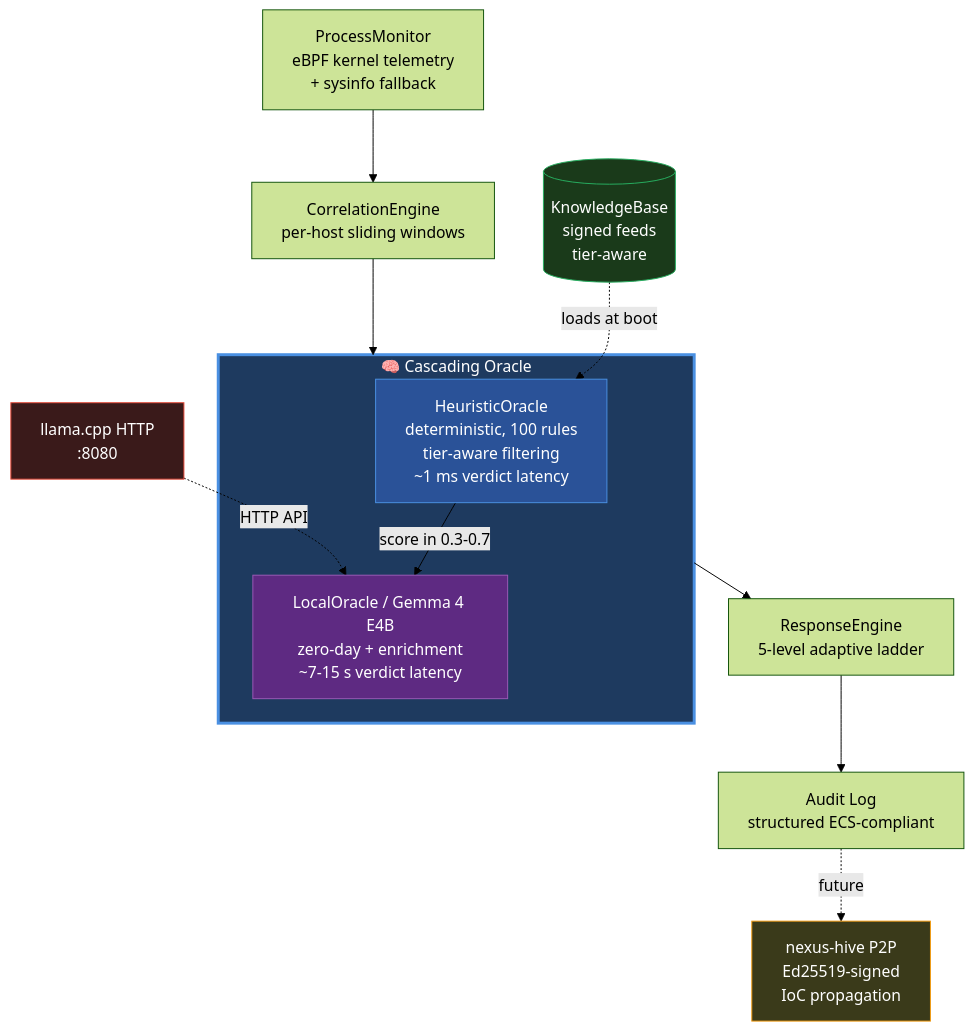
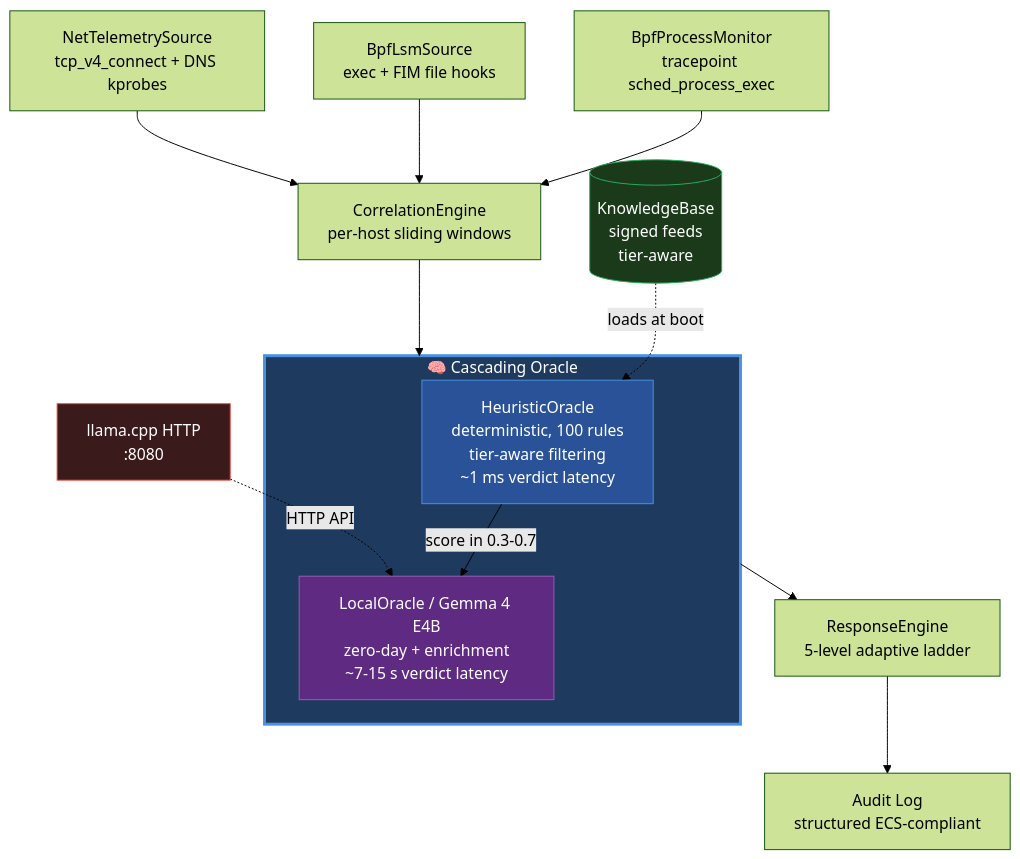
Before and after one commit to nexus-aiedr/nexus-aiedr: the diagram in README.md, drawn with Mermaid (forest theme). The commit also changed other lines of this file and 7 other files, not shown here.

````diff
--- a/README.md
+++ b/README.md
@@ -56,32 +56,33 @@
 ```mermaid
 flowchart TD
-    PM[ProcessMonitor<br/>eBPF kernel telemetry<br/>+ sysinfo fallback]
+    PM[BpfProcessMonitor<br/>tracepoint sched_process_exec]
+    LSM[BpfLsmSource<br/>exec + FIM file hooks]
+    NET[NetTelemetrySource<br/>tcp_v4_connect + DNS kprobes]
     CE[CorrelationEngine<br/>per-host sliding windows]
-    
+
     subgraph CO["🧠 Cascading Oracle"]
         HO[HeuristicOracle<br/>deterministic, 100 rules<br/>tier-aware filtering<br/>~1 ms verdict latency]
         LO[LocalOracle / Gemma 4 E4B<br/>zero-day + enrichment<br/>~7-15 s verdict latency]
         HO -->|score in 0.3-0.7| LO
     end
-    
+
     KB[(KnowledgeBase<br/>signed feeds<br/>tier-aware)]
     LLM[llama.cpp HTTP<br/>:8080]
     RE[ResponseEngine<br/>5-level adaptive ladder]
     AL[Audit Log<br/>structured ECS-compliant]
-    HIVE[nexus-hive P2P<br/>Ed25519-signed<br/>IoC propagation]
-    
+
     PM --> CE
+    LSM --> CE
+    NET --> CE
     CE --> CO
     KB -.->|loads at boot| HO
     LLM -.->|HTTP API| LO
     CO --> RE
     RE --> AL
-    AL -.->|future| HIVE
-    
+
     style CO fill:#1e3a5f,stroke:#4a90e2,stroke-width:3px,color:#fff
     style HO fill:#2a5298,stroke:#4a90e2,color:#fff
     style LO fill:#5e2a82,stroke:#9b59b6,color:#fff
     style KB fill:#1a3a1a,stroke:#27ae60,color:#fff
     style LLM fill:#3a1a1a,stroke:#e74c3c,color:#fff
-    style HIVE fill:#3a3a1a,stroke:#f39c12,color:#fff
 ```
````
